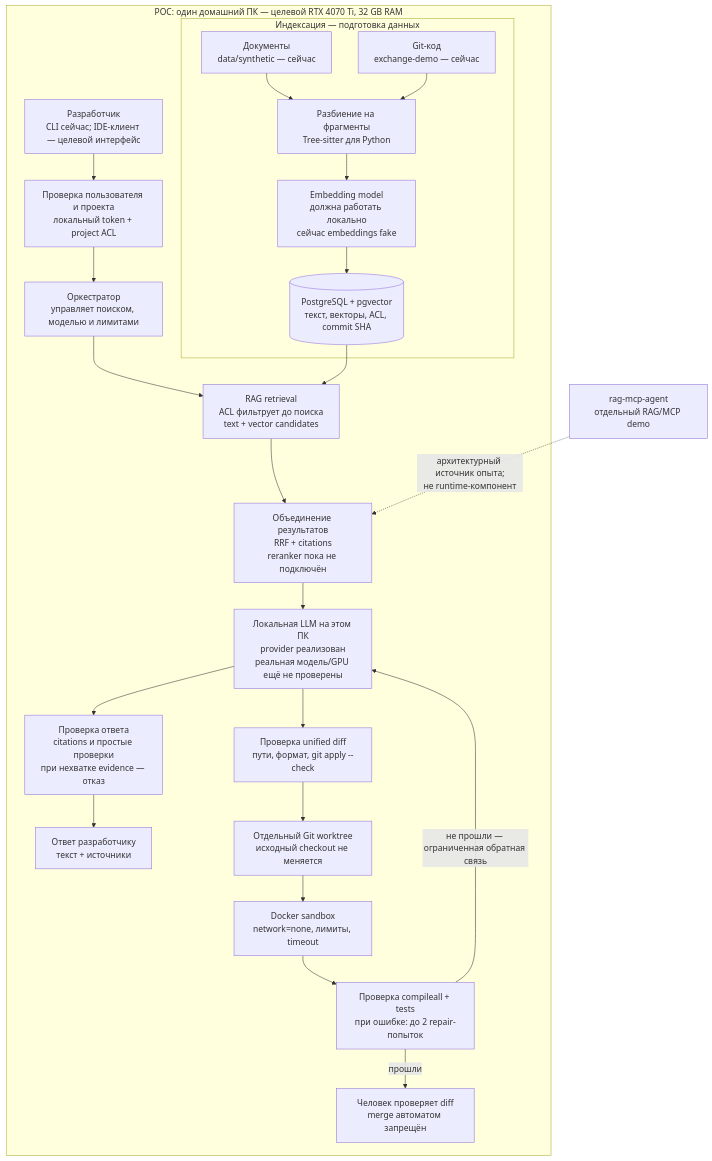
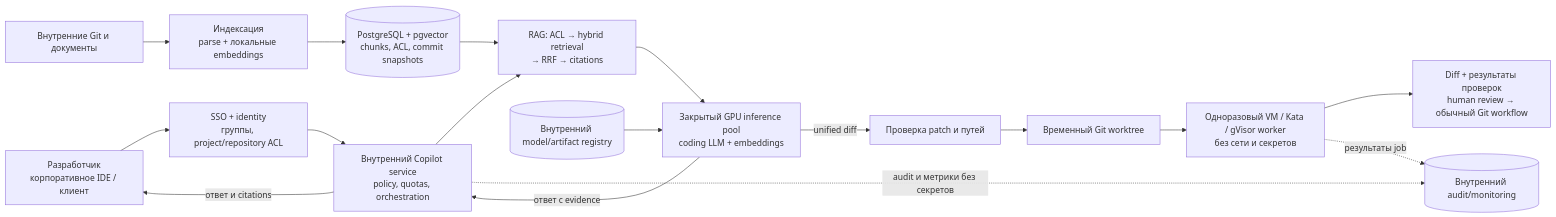
One commit to subrosa5/local-coding-copilot changed the diagram in README.md. Above: the diagram before and after it, drawn with Mermaid. The commit also changed other lines of this file and 1 other file, not shown here.

Commit message:
docs: clarify target enterprise architecture (#14)

````diff
--- a/README.md
+++ b/README.md
@@ -9,42 +9,19 @@
 ```mermaid
-flowchart TB
-  subgraph PC["POC: один домашний ПК — целевой RTX 4070 Ti, 32 GB RAM"]
-    DEV["Разработчик<br/>CLI сейчас; IDE-клиент — целевой интерфейс"]
-    AUTH["Проверка пользователя и проекта<br/>локальный token + project ACL"]
-    ORCH["Оркестратор<br/>управляет поиском, моделью и лимитами"]
-
-    subgraph INDEX["Индексация — подготовка данных"]
-      DOCS["Документы<br/>data/synthetic — сейчас"]
-      CODE["Git-код<br/>exchange-demo — сейчас"]
-      PARSE["Разбиение на фрагменты<br/>Tree-sitter для Python"]
-      EMB["Embedding model<br/>должна работать локально<br/>сейчас embeddings fake"]
-      DB[("PostgreSQL + pgvector<br/>текст, векторы, ACL, commit SHA")]
-      DOCS --> PARSE
-      CODE --> PARSE
-      PARSE --> EMB --> DB
-    end
-
-    RETR["RAG retrieval<br/>ACL фильтрует до поиска<br/>text + vector candidates"]
-    RANK["Объединение результатов<br/>RRF + citations<br/>reranker пока не подключён"]
-    LLM["Локальная LLM на этом ПК<br/>provider реализован<br/>реальная модель/GPU ещё не проверены"]
-
-    ANSWER["Проверка ответа<br/>citations и простые проверки<br/>при нехватке evidence — отказ"]
-    RESPONSE["Ответ разработчику<br/>текст + источники"]
-
-    PATCH["Проверка unified diff<br/>пути, формат, git apply --check"]
-    WT["Отдельный Git worktree<br/>исходный checkout не меняется"]
-    BOX["Docker sandbox<br/>network=none, лимиты, timeout"]
-    REPAIR["Проверка compileall + tests<br/>при ошибке: до 2 repair-попыток"]
-    REVIEW["Человек проверяет diff<br/>merge автоматом запрещён"]
-
-    DEV --> AUTH --> ORCH
-    ORCH --> RETR
-    DB --> RETR --> RANK --> LLM
-    LLM --> ANSWER --> RESPONSE
-    LLM --> PATCH --> WT --> BOX --> REPAIR
-    REPAIR -->|"не прошли — ограниченная обратная связь"| LLM
-    REPAIR -->|"прошли"| REVIEW
-  end
-
-  RAGREF["rag-mcp-agent<br/>отдельный RAG/MCP demo"] -. "архитектурный источник опыта;<br/>не runtime-компонент" .-> RANK
+flowchart LR
+  DEV["Разработчик<br/>корпоративное IDE / клиент"] --> ID["SSO + identity<br/>группы, project/repository ACL"]
+  ID --> ORCH["Внутренний Copilot service<br/>policy, quotas, orchestration"]
+  ORCH --> RAG["RAG: ACL → hybrid retrieval<br/>→ RRF → citations"]
+  SRC["Внутренние Git и документы"] --> ING["Индексация<br/>parse + локальные embeddings"]
+  ING --> DB[("PostgreSQL + pgvector<br/>chunks, ACL, commit snapshots")]
+  DB --> RAG
+  RAG --> MODEL["Закрытый GPU inference pool<br/>coding LLM + embeddings"]
+  MODEL -->|"ответ с evidence"| ORCH
+  ORCH -->|"ответ и citations"| DEV
+  MODEL -->|"unified diff"| VALID["Проверка patch и путей"]
+  VALID --> WT["Временный Git worktree"]
+  WT --> BOX["Одноразовый VM / Kata / gVisor worker<br/>без сети и секретов"]
+  BOX --> REVIEW["Diff + результаты проверок<br/>human review → обычный Git workflow"]
+  ORCH -. "audit и метрики без секретов" .-> AUDIT[("Внутренний audit/monitoring")]
+  BOX -. "результаты job" .-> AUDIT
+  REG[("Внутренний model/artifact registry")] --> MODEL
 ```
````
